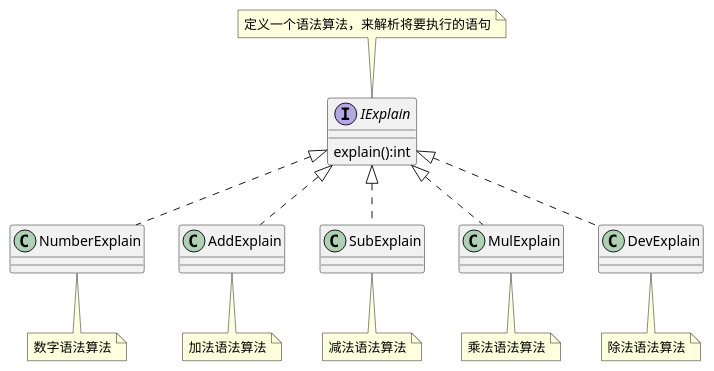
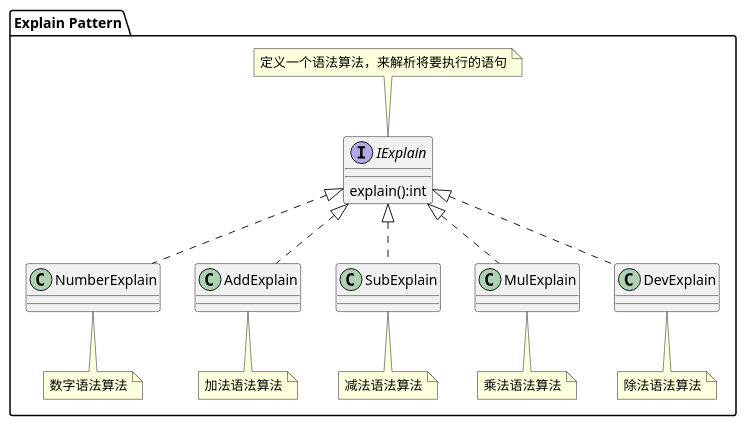
One commit to mxdldev/java-design-pattern changed the diagram in lib_design_pattern/src/main/java/com/mxdl/desigin/pattern/behavior/a07_expain/uml/explain.puml. Above: the diagram before and after it, drawn with PlantUML. The commit also changed 56 other files, not shown here.

```diff
--- a/lib_design_pattern/src/main/java/com/mxdl/desigin/pattern/behavior/a07_expain/uml/explain.puml
+++ b/lib_design_pattern/src/main/java/com/mxdl/desigin/pattern/behavior/a07_expain/uml/explain.puml
@@ -1,26 +1,29 @@
 @startuml
 skinparam classAttributeIconSize 0
+package "Explain Pattern"{
 interface IExplain {
     explain():int
 }
 note top:定义一个语法算法，来解析将要执行的语句
 class NumberExplain
 note bottom:数字语法算法
 class NumberExplain implements IExplain
 
 class AddExplain
 note bottom:加法语法算法
 class AddExplain implements IExplain
 
 class SubExplain
 note bottom:减法语法算法
 class SubExplain implements IExplain
 
 class MulExplain
 note bottom:乘法语法算法
 class MulExplain implements IExplain
 
 class DevExplain
 note bottom:除法语法算法
 class DevExplain implements IExplain
+
+}
 @enduml
```
